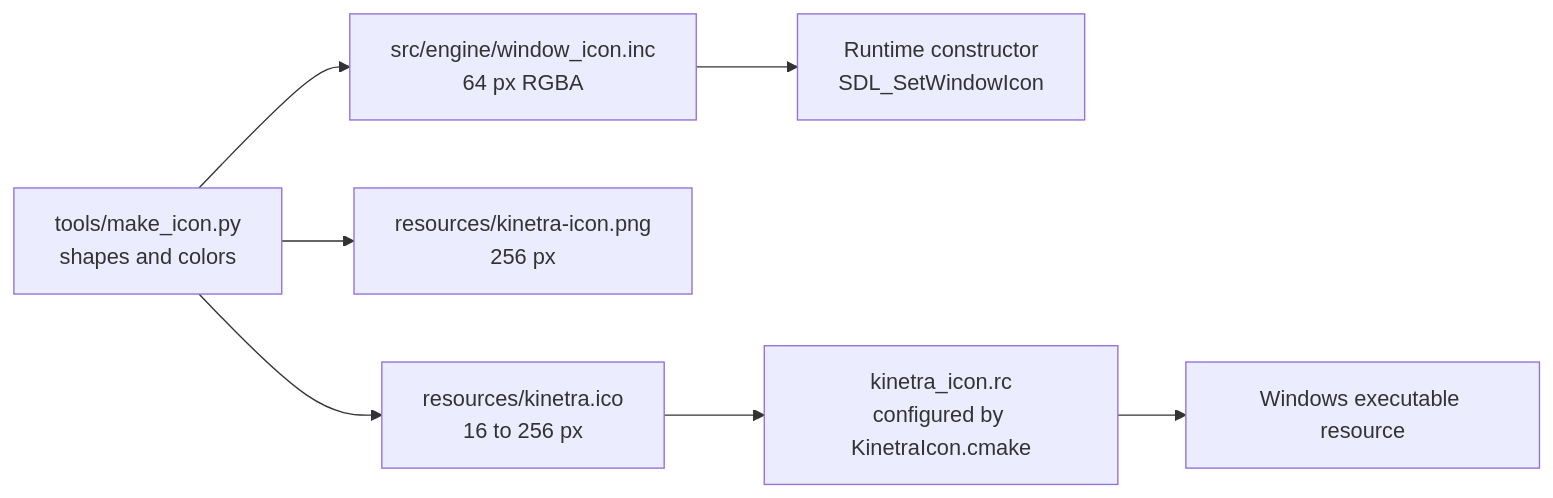
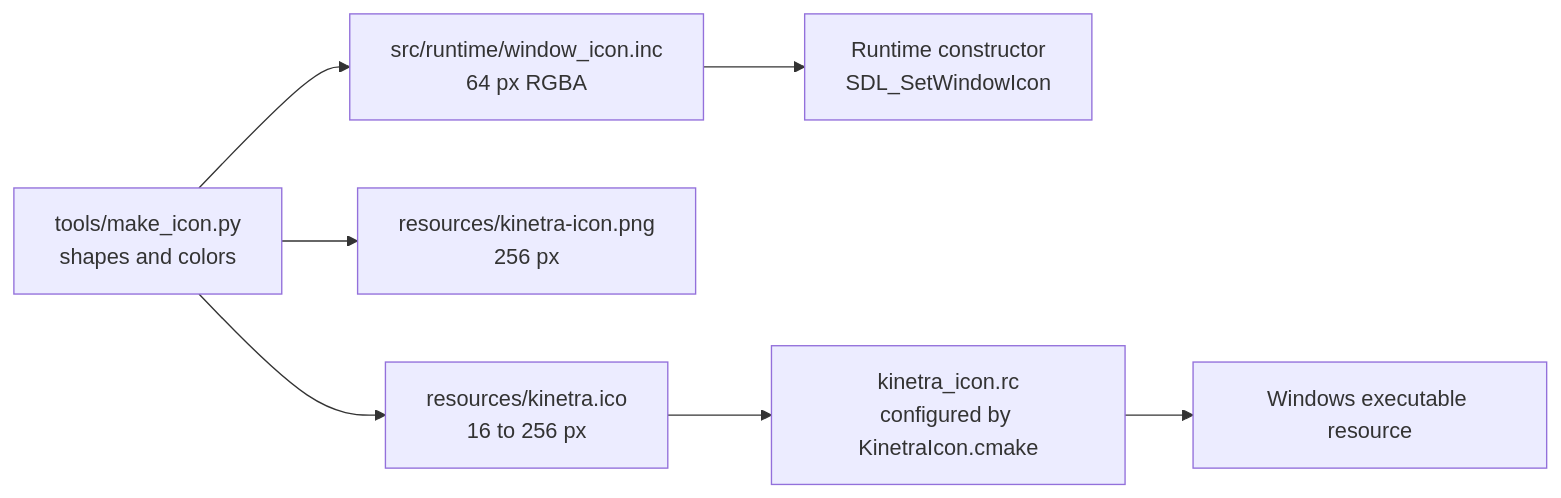
Before and after one commit to SMB-M87/Kinetra: the diagram in docs/design/2026-11-19-window-icon.md, drawn with Mermaid. The commit also changed other lines of this file and 78 other files, not shown here.

````diff
--- a/docs/design/2026-11-19-window-icon.md
+++ b/docs/design/2026-11-19-window-icon.md
@@ -51,9 +51,9 @@
 ```mermaid
 flowchart LR
     Script["tools/make_icon.py<br/>shapes and colors"] --> Ico["resources/kinetra.ico<br/>16 to 256 px"]
     Script --> Png["resources/kinetra-icon.png<br/>256 px"]
-    Script --> Inc["src/engine/window_icon.inc<br/>64 px RGBA"]
+    Script --> Inc["src/runtime/window_icon.inc<br/>64 px RGBA"]
     Inc --> Runtime["Runtime constructor<br/>SDL_SetWindowIcon"]
     Ico --> Rc["kinetra_icon.rc<br/>configured by KinetraIcon.cmake"]
     Rc --> Exe["Windows executable resource"]
 ```
````
